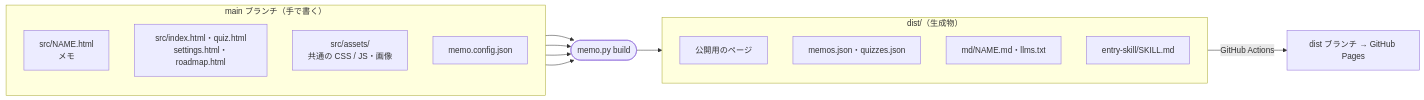
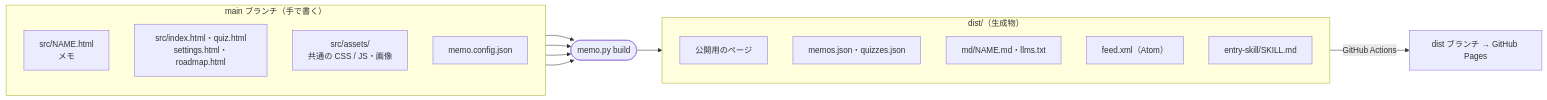
The first of 4 diagrams in memo-detail.md (taka1156/memo-kit), drawn with Mermaid before and after one commit. The commit also changed other lines of this file and 10 other files, not shown here.

First line of the commit message:
Atom フィード（feed.xml）を build で生成する

````diff
--- a/memo-detail.md
+++ b/memo-detail.md
@@ -37,23 +37,24 @@
 ```mermaid
 flowchart LR
   subgraph SRC["main ブランチ（手で書く）"]
     direction TB
     H["src/NAME.html<br/>メモ"]
     PG["src/index.html・quiz.html<br/>settings.html・roadmap.html"]
     AS["src/assets/<br/>共通の CSS / JS・画像"]
     CFG["memo.config.json"]
   end
 
   B(["memo.py build"])
 
   subgraph GEN["dist/（生成物）"]
     direction TB
     PAGES["公開用のページ"]
     JSON["memos.json・quizzes.json"]
     MD["md/NAME.md・llms.txt"]
+    FEED["feed.xml（Atom）"]
     ENT["entry-skill/SKILL.md"]
   end
 
   H & PG & AS & CFG --> B --> GEN
   GEN -->|"GitHub Actions"| S["dist ブランチ → GitHub Pages"]
 ```
````
